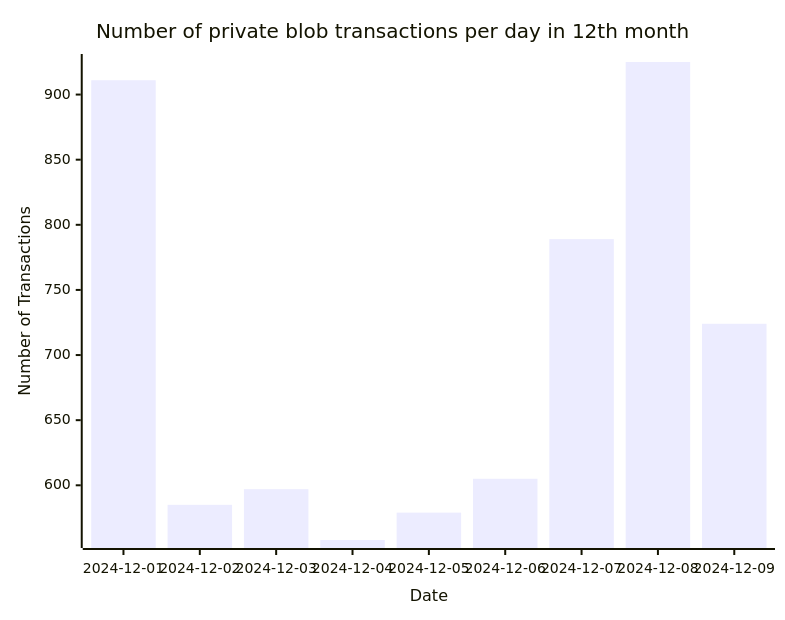
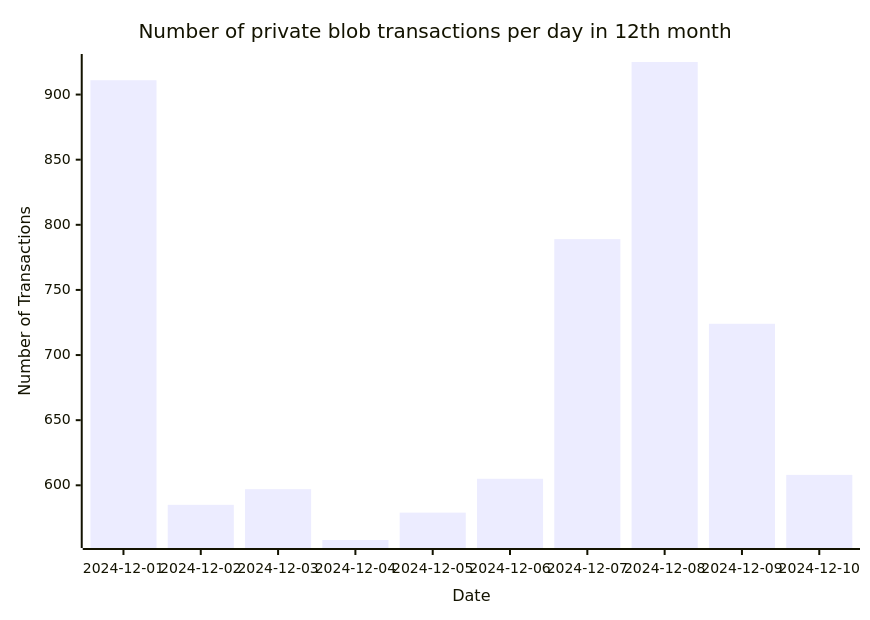
The diagram in README.md (Amit0617/eip4844-data), drawn with Mermaid before and after one commit. The commit also changed 1 other file, not shown here.

````diff
--- a/README.md
+++ b/README.md
@@ -1,12 +1,12 @@
 ```mermaid
 ---
 config:
     xyChart:
-        width: 765
+        width: 850
         height: 600
 ---
 xychart-beta title "Number of private blob transactions per day in 12th month"
-x-axis "Date" [2024-12-01,2024-12-02,2024-12-03,2024-12-04,2024-12-05,2024-12-06,2024-12-07,2024-12-08,2024-12-09]
+x-axis "Date" [2024-12-01,2024-12-02,2024-12-03,2024-12-04,2024-12-05,2024-12-06,2024-12-07,2024-12-08,2024-12-09,2024-12-10]
 y-axis "Number of Transactions"
-bar[911,585,597,558,579,605,789,925,724]
+bar[911,585,597,558,579,605,789,925,724,608]
 ```
````
